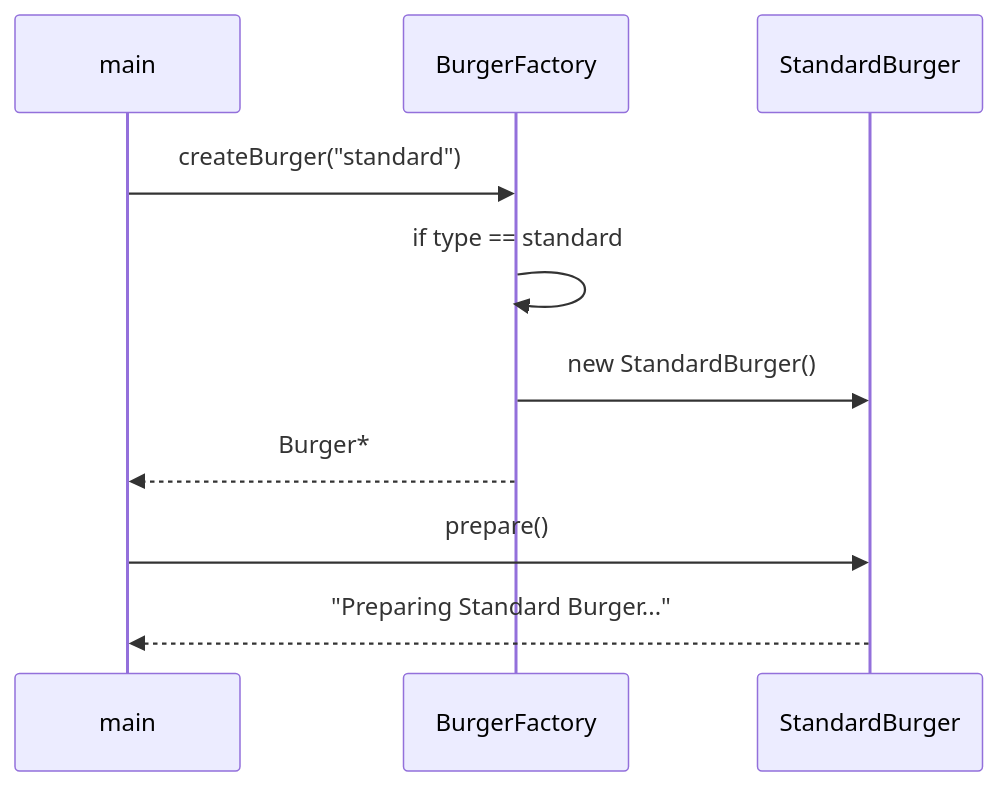
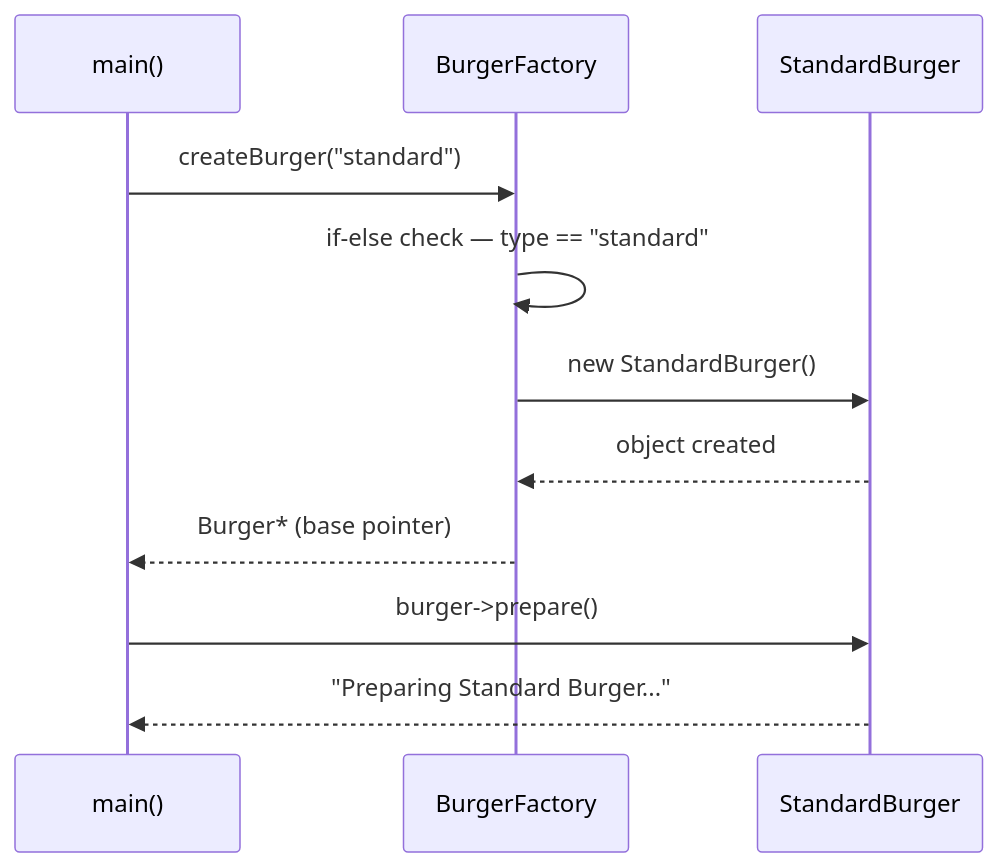
The second of 2 diagrams in L9 Factory_Design_Pattern/notes/01_Simple_Factory.md (subhm2004/LLD), drawn with Mermaid before and after one commit. The commit also changed other lines of this file and 7 other files, not shown here.

````diff
--- a/L9 Factory_Design_Pattern/notes/01_Simple_Factory.md
+++ b/L9 Factory_Design_Pattern/notes/01_Simple_Factory.md
@@ -116,13 +145,14 @@
 ```mermaid
 sequenceDiagram
-    participant Main as main
+    participant Main as main()
     participant F as BurgerFactory
     participant B as StandardBurger
 
     Main->>F: createBurger("standard")
-    F->>F: if type == standard
+    F->>F: if-else check — type == "standard"
     F->>B: new StandardBurger()
-    F-->>Main: Burger*
-    Main->>B: prepare()
+    B-->>F: object created
+    F-->>Main: Burger* (base pointer)
+    Main->>B: burger->prepare()
     B-->>Main: "Preparing Standard Burger..."
 ```
````
